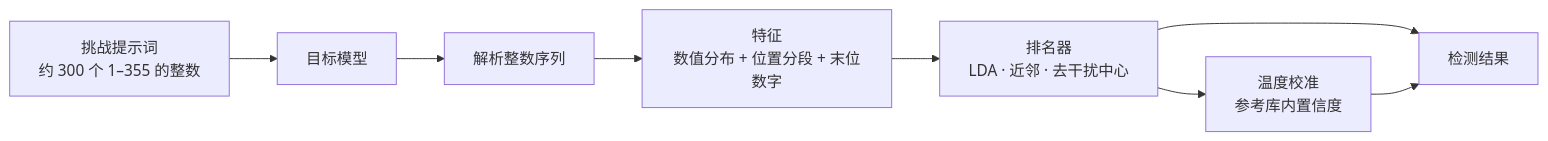
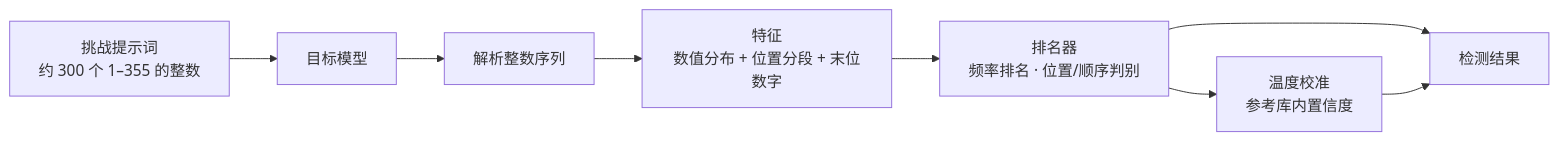
One commit to Alice39s/lm-detector changed the diagram in docs/content/docs/principles/index.mdx. Above: the diagram before and after it, drawn with Mermaid. The commit also changed 16 other files, not shown here.

````diff
--- a/docs/content/docs/principles/index.mdx
+++ b/docs/content/docs/principles/index.mdx
@@ -7,10 +7,10 @@
 ```mermaid
 flowchart LR
     A["挑战提示词<br/>约 300 个 1–355 的整数"] --> B["目标模型"]
     B --> C["解析整数序列"]
     C --> D["特征<br/>数值分布 + 位置分段 + 末位数字"]
-    D --> E["排名器<br/>LDA · 近邻 · 去干扰中心"]
+    D --> E["排名器<br/>频率排名 · 位置/顺序判别"]
     E --> G["温度校准<br/>参考库内置信度"]
     E --> H["检测结果"]
     G --> H
 ```
````
